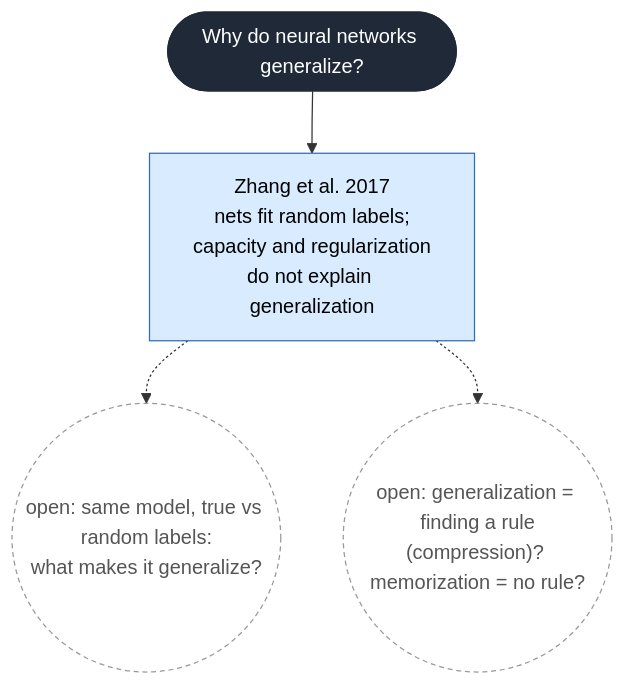
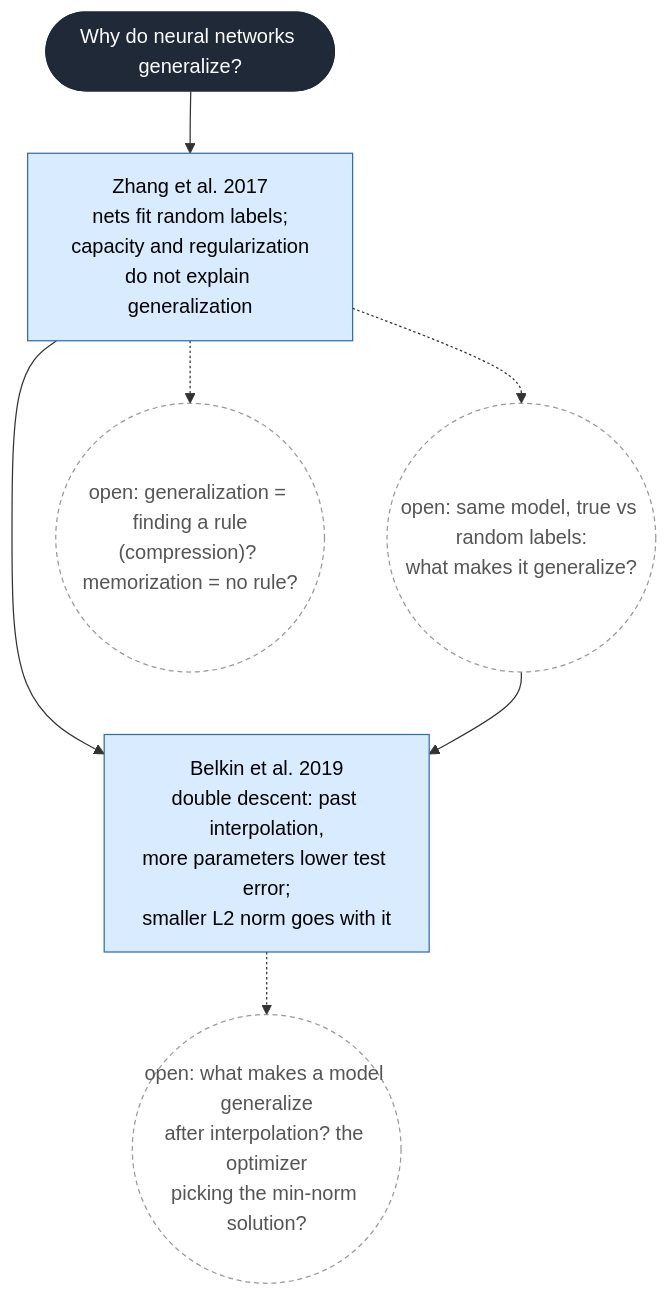
The diagram in knowledge-tree.md (BRAINEES-GIKI/brainees), drawn with Mermaid before and after one commit. The commit also changed other lines of this file, not shown here.

Commit message:
Knowledge tree: add Session 2 (Belkin et al. 2019)

````diff
--- a/knowledge-tree.md
+++ b/knowledge-tree.md
@@ -30,27 +30,33 @@
 ```mermaid
 flowchart TD
   ROOT(["Why do neural networks generalize?"])
 
   P01["Zhang et al. 2017<br/>nets fit random labels;<br/>capacity and regularization<br/>do not explain generalization"]
   ROOT --> P01
   O1(("open: same model, true vs random labels:<br/>what makes it generalize?"))
   O2(("open: generalization = finding a rule<br/>(compression)? memorization = no rule?"))
   P01 -.-> O1
   P01 -.-> O2
+
+  P02["Belkin et al. 2019<br/>double descent: past interpolation,<br/>more parameters lower test error;<br/>smaller L2 norm goes with it"]
+  P01 --> P02
+  O1 --> P02
+  O3(("open: what makes a model generalize<br/>after interpolation? the optimizer<br/>picking the min-norm solution?"))
+  P02 -.-> O3
 
   %% Add nodes and arrows below this line.
   %% Example (remove %% to use a line):
   %% P01["Author Year<br/>main claim"]
   %% ROOT --> P01
   %% O1(("open: what it leaves open"))
   %% P01 -.-> O1
 
   classDef root fill:#1f2937,stroke:#1f2937,color:#fff;
   classDef p fill:#d9ecff,stroke:#2f6db5,color:#000;
   classDef q fill:#fff4d6,stroke:#c99a2e,color:#000;
   classDef o fill:#fff,stroke:#999,stroke-dasharray:4 3,color:#555;
   class ROOT root;
-  class P01 p;
-  class O1,O2 o;
+  class P01,P02 p;
+  class O1,O2,O3 o;
   %% Add colours: class P01 p;  class Q1 q;  class O1 o;
 ```
````
